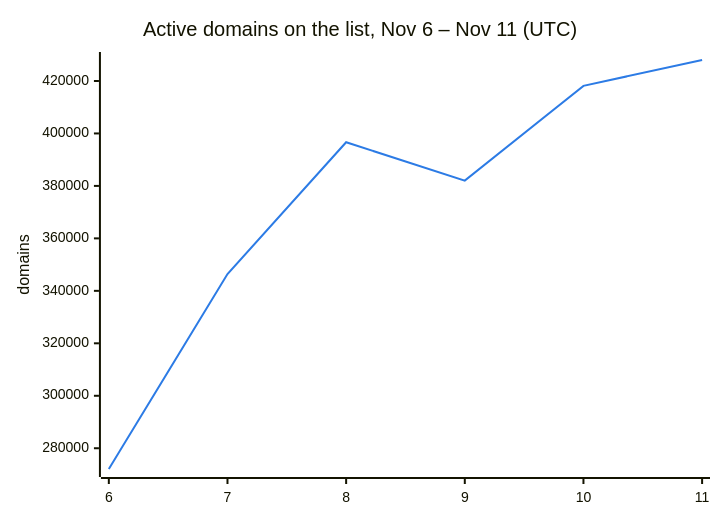
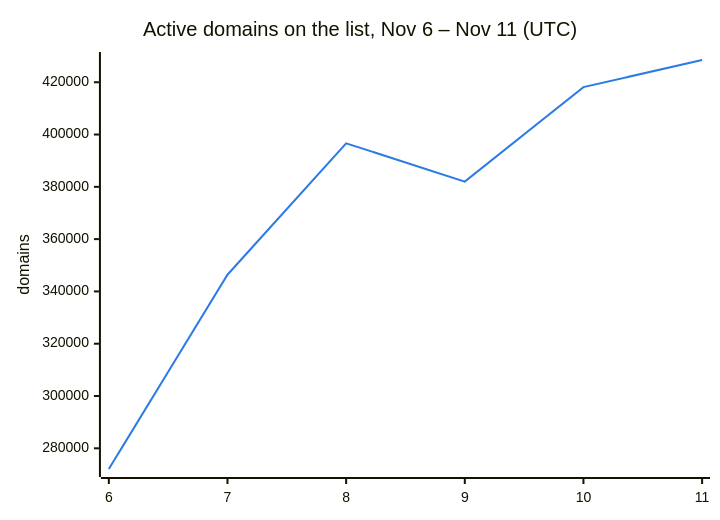
The second of 3 diagrams in README.md (DNSBunker/CTI), drawn with Mermaid before and after one commit. The commit also changed other lines of this file and 3 other files, not shown here.

````diff
--- a/README.md
+++ b/README.md
@@ -38,8 +38,8 @@
 ```mermaid
 %%{init: {"themeVariables": {"xyChart": {"plotColorPalette": "#2c7be5"}}}}%%
 xychart-beta
     title "Active domains on the list, Nov 6 – Nov 11 (UTC)"
     x-axis ["6", "7", "8", "9", "10", "11"]
     y-axis "domains"
-    line [272088, 346388, 396638, 382009, 418143, 427997]
+    line [272088, 346388, 396638, 382009, 418143, 428507]
 ```
````
